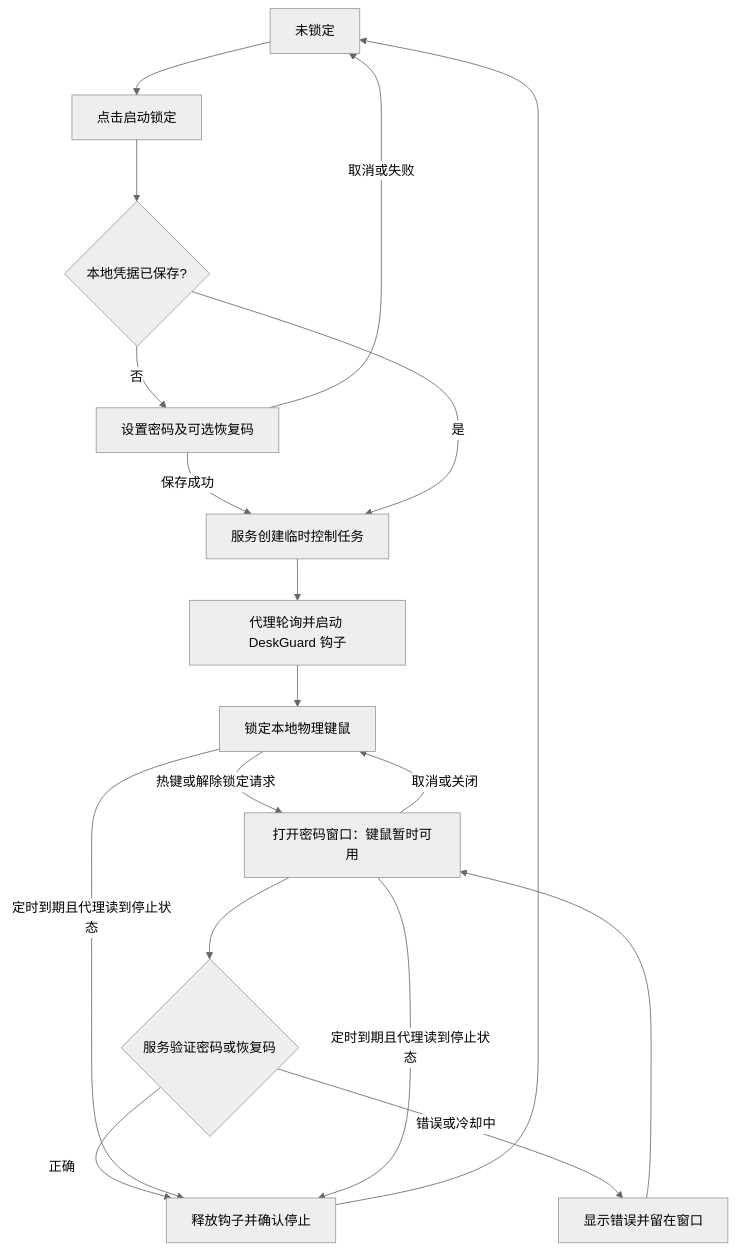
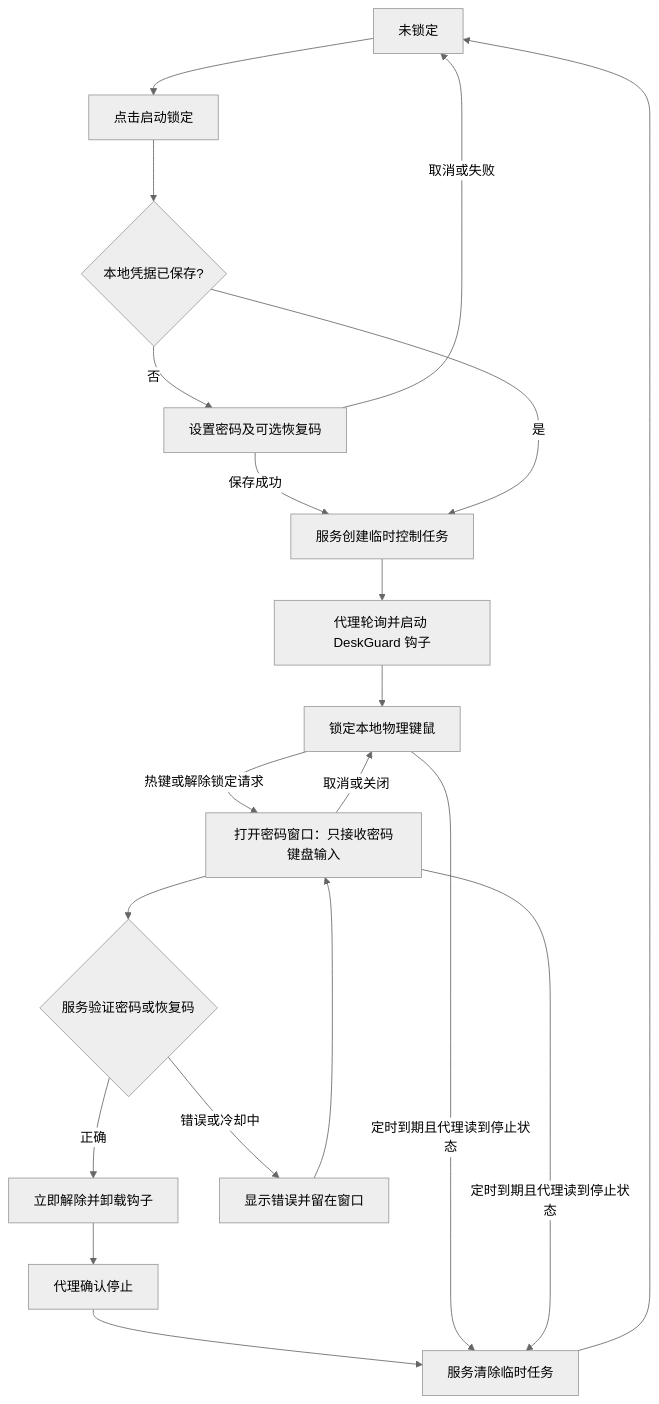
One commit to ra0811x/DesktopGuardPro changed the fourth of 9 diagrams in docs/technical-architecture.md. Above: the diagram before and after it, drawn with Mermaid (neutral theme). The commit also changed other lines of this file and 17 other files, not shown here.

````diff
--- a/docs/technical-architecture.md
+++ b/docs/technical-architecture.md
@@ -424,20 +424,22 @@
 ```mermaid
 flowchart TD
     Idle[未锁定] --> Start[点击启动锁定]
     Start --> Cred{本地凭据已保存?}
     Cred -->|否| Setup[设置密码及可选恢复码]
     Setup -->|保存成功| Task[服务创建临时控制任务]
     Setup -->|取消或失败| Idle
     Cred -->|是| Task
     Task --> Poll[代理轮询并启动 DeskGuard 钩子]
     Poll --> Locked[锁定本地物理键鼠]
-    Locked -->|热键或解除锁定请求| Verify[打开密码窗口：键鼠暂时可用]
+    Locked -->|热键或解除锁定请求| Verify[打开密码窗口：只接收密码键盘输入]
     Verify --> Check{服务验证密码或恢复码}
-    Check -->|正确| Released[释放钩子并确认停止]
+    Check -->|正确| Stopping[立即解除并卸载钩子]
+    Stopping --> Ack[代理确认停止]
+    Ack --> Released[服务清除临时任务]
     Check -->|错误或冷却中| Retry[显示错误并留在窗口]
     Retry --> Verify
     Verify -->|取消或关闭| Locked
     Locked -->|定时到期且代理读到停止状态| Released
     Verify -->|定时到期且代理读到停止状态| Released
     Released --> Idle
 ```
````
